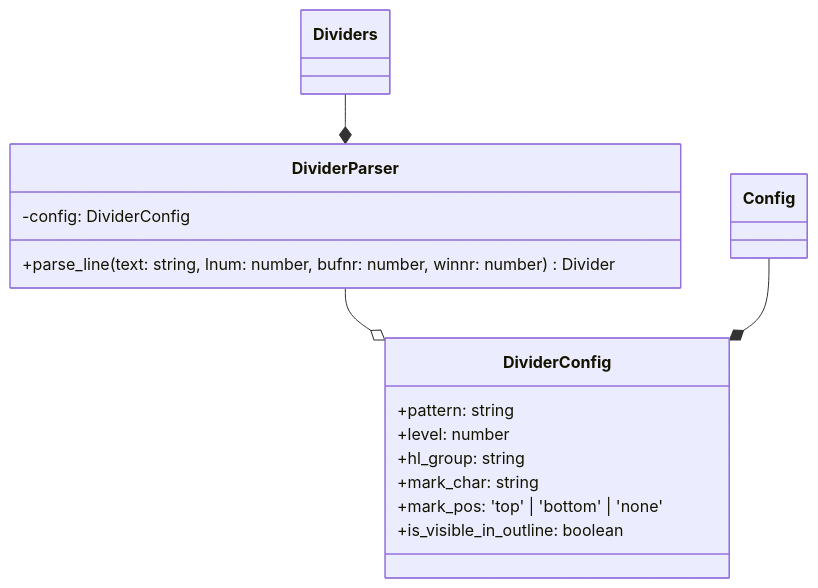
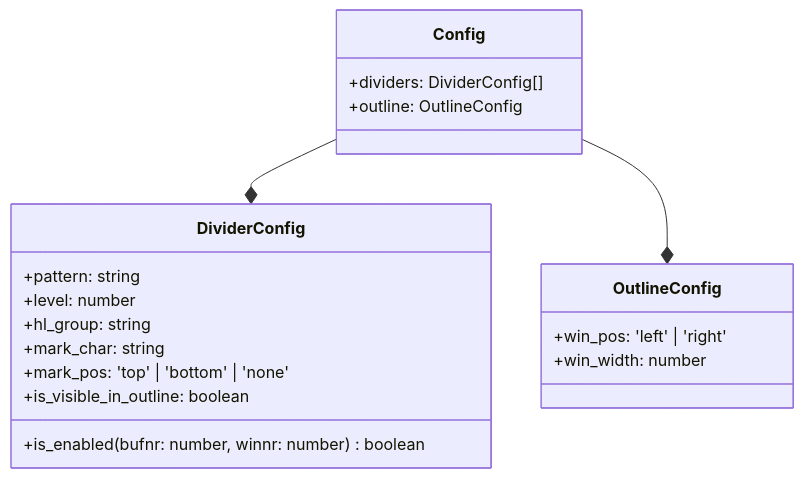
The fifth of 8 diagrams in DESIGN.md (niuiic/divider.nvim), drawn with Mermaid before and after one commit. The commit also changed other lines of this file and 2 other files, not shown here.

````diff
--- a/DESIGN.md
+++ b/DESIGN.md
@@ -95,20 +143,24 @@
 ```mermaid
 classDiagram
-    Dividers --* DividerParser
-    DividerParser --o DividerConfig
-    class DividerParser {
-        -config: DividerConfig
-
-        +parse_line(text: string, lnum: number, bufnr: number, winnr: number) Divider
+    Config --* DividerConfig
+    Config --* OutlineConfig
+    class Config {
+        +dividers: DividerConfig[]
+        +outline: OutlineConfig
     }
 
-    Config --* DividerConfig
     class DividerConfig {
         +pattern: string
         +level: number
         +hl_group: string
         +mark_char: string
         +mark_pos: 'top' | 'bottom' | 'none'
         +is_visible_in_outline: boolean
+        +is_enabled(bufnr: number, winnr: number) boolean
+    }
+
+    class OutlineConfig {
+        +win_pos: 'left' | 'right'
+        +win_width: number
     }
 ```
````
